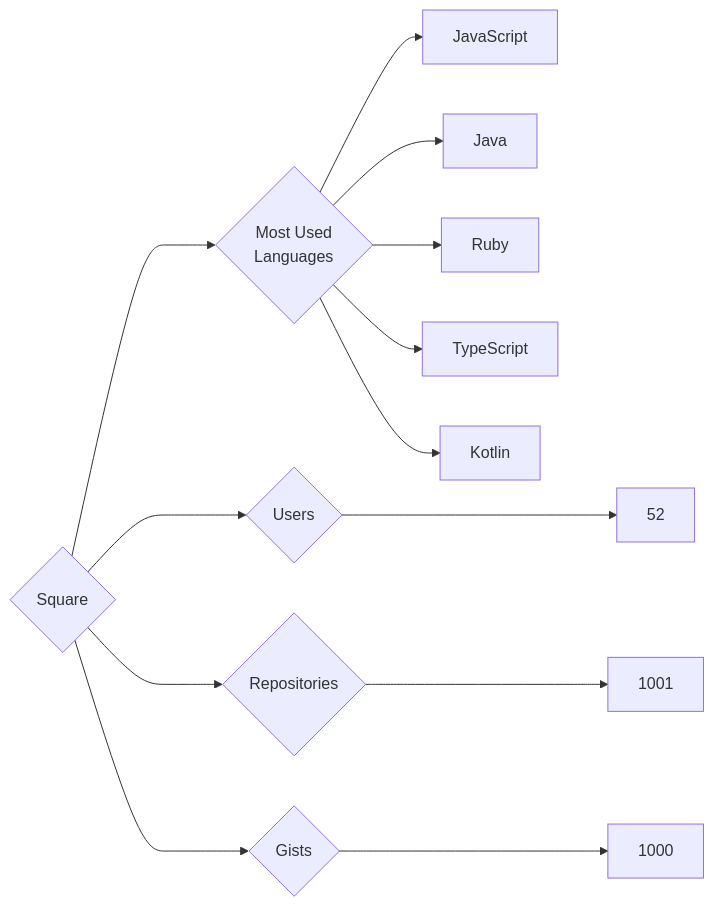
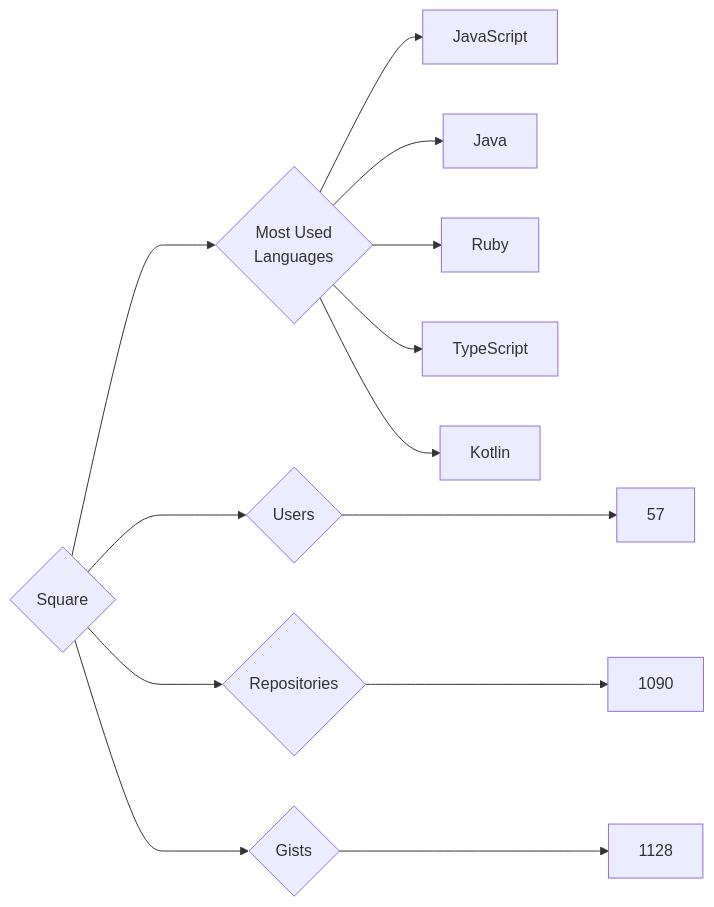
The diagram in targets/Square/README.md (trickest/insiders), drawn with Mermaid before and after one commit. The commit also changed 970 other files, not shown here.

````diff
--- a/targets/Square/README.md
+++ b/targets/Square/README.md
@@ -3,13 +3,13 @@
 ```mermaid
 graph LR
 COMPANY_NAME{Square}
-COMPANY_NAME ---> U{Users} ---> UN[52]
-COMPANY_NAME ---> R{Repositories} ---> RN[1001]
-COMPANY_NAME ---> G{Gists} ---> GN[1000]
+COMPANY_NAME ---> U{Users} ---> UN[57]
+COMPANY_NAME ---> R{Repositories} ---> RN[1090]
+COMPANY_NAME ---> G{Gists} ---> GN[1128]
 COMPANY_NAME ---> ML{Most Used<br>Languages}
 ML --> JavaScript[JavaScript]
 ML --> Java[Java]
 ML --> Ruby[Ruby]
 ML --> TypeScript[TypeScript]
 ML --> Kotlin[Kotlin]
 ```
````
